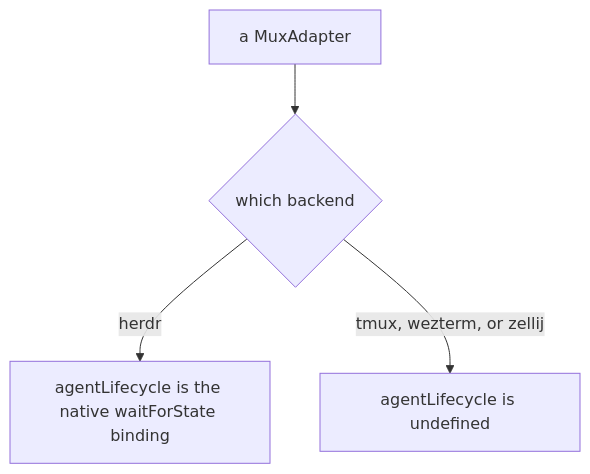
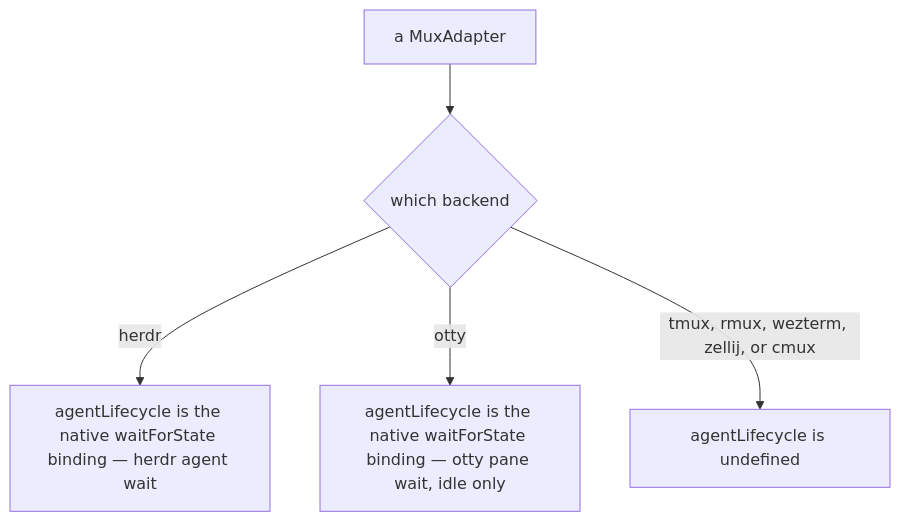
Before and after one commit to cyberuni/cyber-mux: the second of 4 diagrams in packages/cyber-mux/.agents/spec/agent/README.md, drawn with Mermaid. The commit also changed other lines of this file and 15 other files, not shown here.

````diff
--- a/packages/cyber-mux/.agents/spec/agent/README.md
+++ b/packages/cyber-mux/.agents/spec/agent/README.md
@@ -128,6 +187,7 @@
 ```mermaid
 graph TD
   A["a MuxAdapter"] --> B{"which backend"}
-  B -->|"herdr"| P["agentLifecycle is the native waitForState binding"]
-  B -->|"tmux, wezterm, or zellij"| ABS["agentLifecycle is undefined"]
+  B -->|"herdr"| P["agentLifecycle is the native waitForState binding — herdr agent wait"]
+  B -->|"otty"| PO["agentLifecycle is the native waitForState binding — otty pane wait, idle only"]
+  B -->|"tmux, rmux, wezterm, zellij, or cmux"| ABS["agentLifecycle is undefined"]
 ```
````
